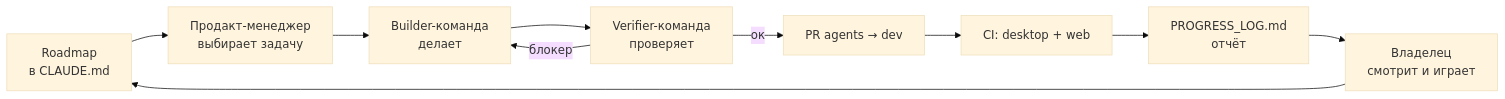
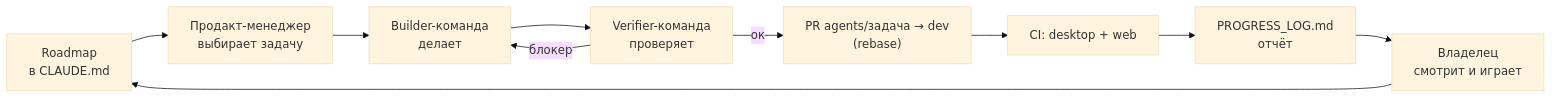
One commit to maratnek/claude-try-first changed the first of 2 diagrams in docs/PROCESS.md. Above: the diagram before and after it, drawn with Mermaid (base theme). The commit also changed other lines of this file and 3 other files, not shown here.

````diff
--- a/docs/PROCESS.md
+++ b/docs/PROCESS.md
@@ -21,12 +21,12 @@
 ```mermaid
 flowchart LR
     roadmap["Roadmap<br/>в CLAUDE.md"] --> pm["Продакт-менеджер<br/>выбирает задачу"]
     pm --> builder["Builder-команда<br/>делает"]
     builder --> verifier["Verifier-команда<br/>проверяет"]
     verifier -- "блокер" --> builder
-    verifier -- "ок" --> pr["PR agents → dev"]
+    verifier -- "ок" --> pr["PR agents/задача → dev<br/>(rebase)"]
     pr --> ci["CI: desktop + web"]
     ci --> log["PROGRESS_LOG.md<br/>отчёт"]
     log --> owner["Владелец<br/>смотрит и играет"]
     owner --> roadmap
 ```
````
